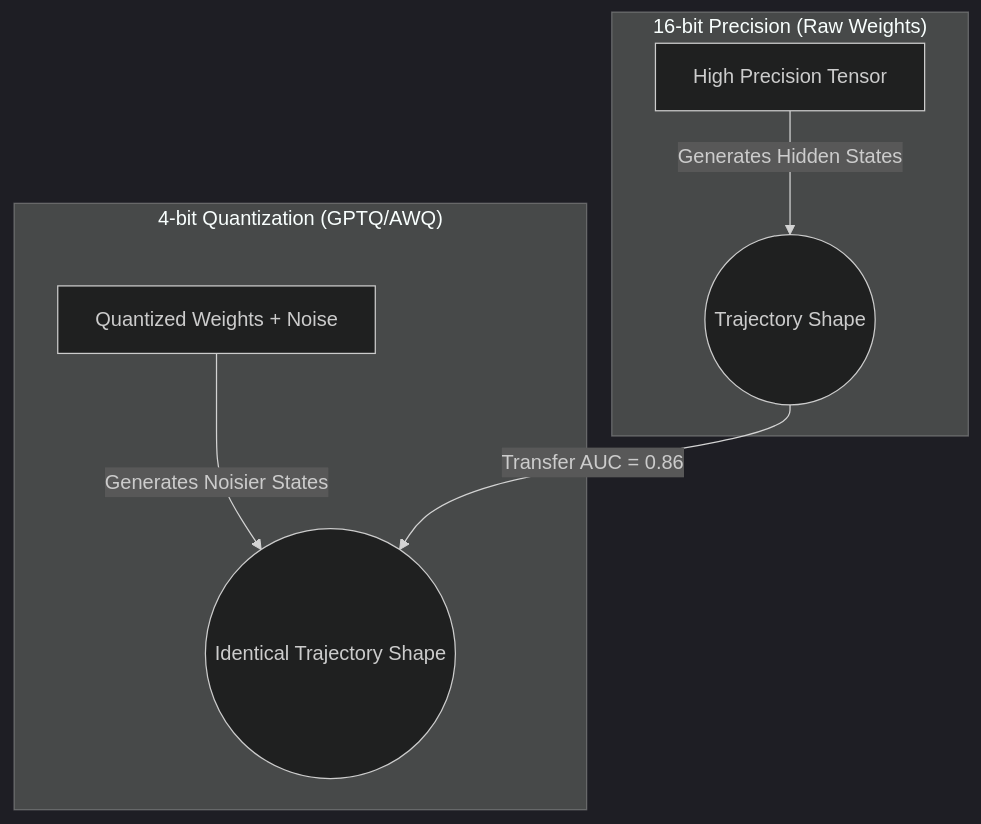
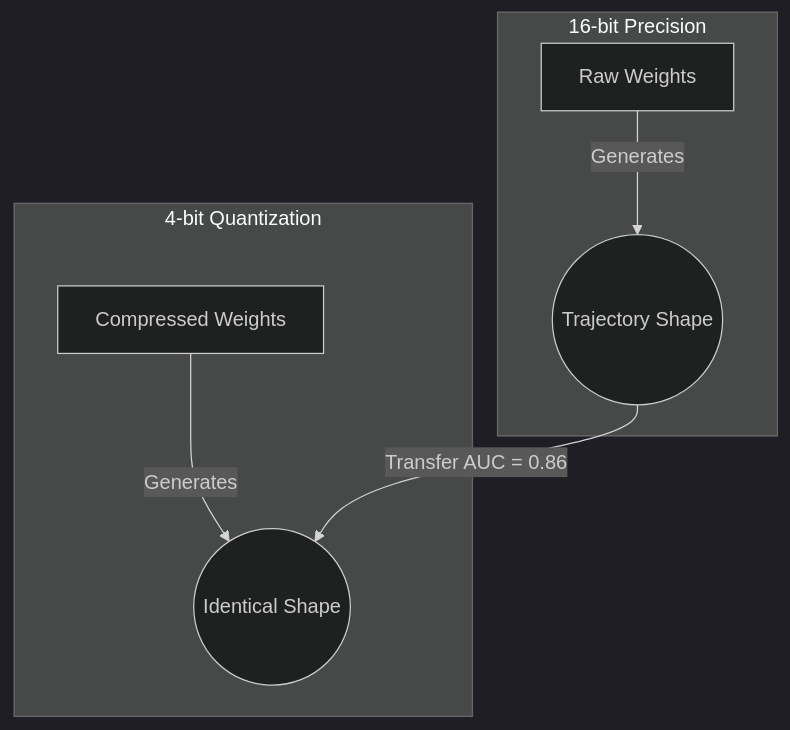
The fourth of 10 diagrams in ThesisDocs/July_16_Progress.md (bhattadiCS/research-thesis-overthinking-boundary), drawn with Mermaid (dark theme) before and after one commit. The commit also changed other lines of this file and 2 other files, not shown here.

````diff
--- a/ThesisDocs/July_16_Progress.md
+++ b/ThesisDocs/July_16_Progress.md
@@ -102,10 +69,10 @@
   ```mermaid
   graph TD
-      subgraph precision16 ["16-bit Precision (Raw Weights)"]
-          W1[High Precision Tensor] -->|Generates Hidden States| H1((Trajectory Shape))
+      subgraph precision16 ["16-bit Precision"]
+          W1[Raw Weights] -->|Generates| H1((Trajectory Shape))
       end
-      subgraph quantized4 ["4-bit Quantization (GPTQ/AWQ)"]
-          W2[Quantized Weights + Noise] -->|Generates Noisier States| H2((Identical Trajectory Shape))
+      subgraph quantized4 ["4-bit Quantization"]
+          W2[Compressed Weights] -->|Generates| H2((Identical Shape))
       end
       H1 -->|Transfer AUC = 0.86| H2
   ```
````
